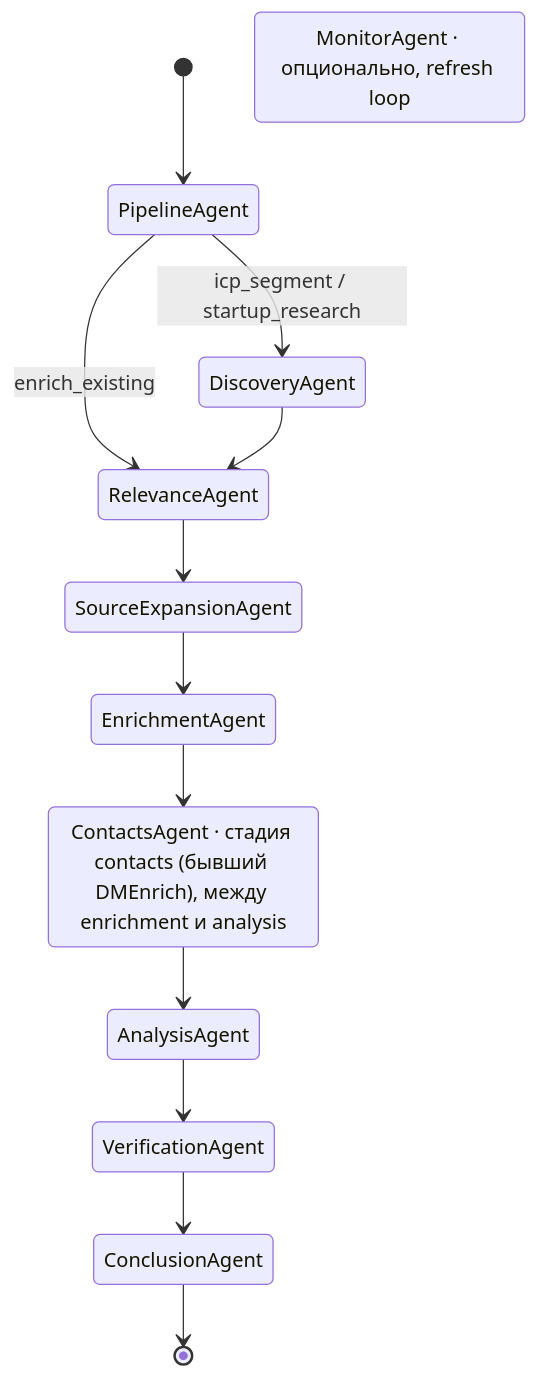
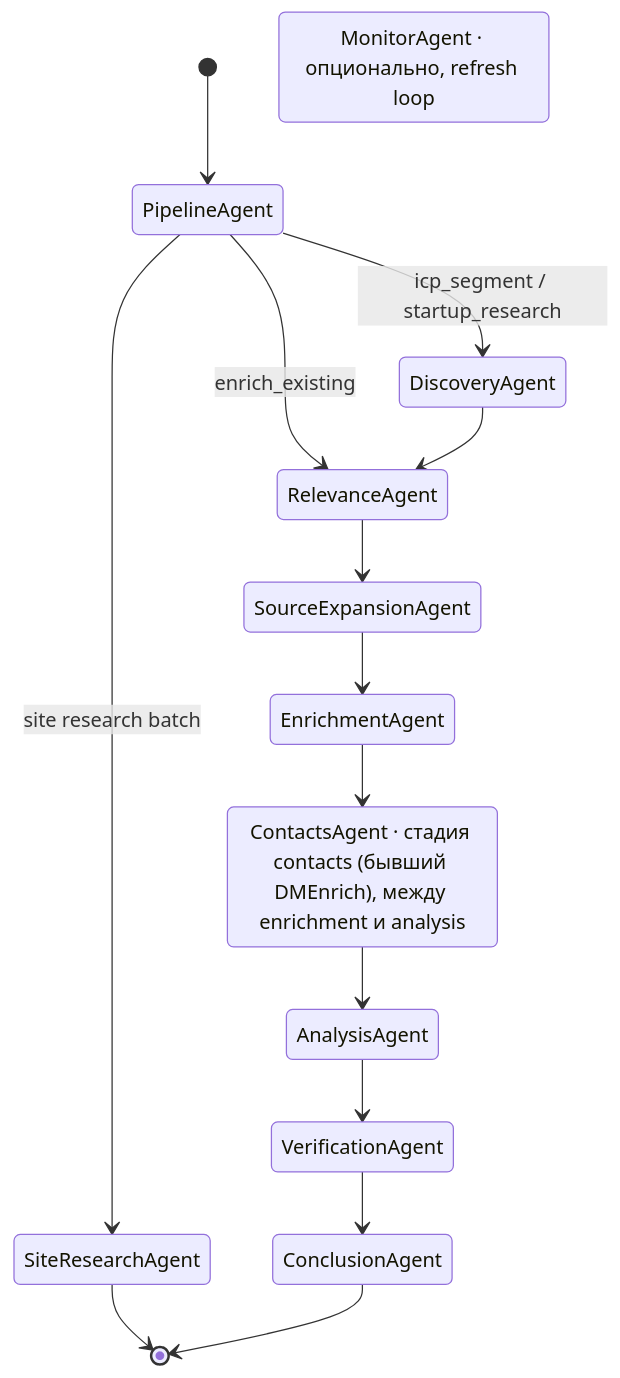
One commit to Katoli-IV-ka/kvetio-agent changed the third of 5 diagrams in ARCHITECTURE.md. Above: the diagram before and after it, drawn with Mermaid. The commit also changed other lines of this file and 2 other files, not shown here.

Commit message:
docs: document site research agent

````diff
--- a/ARCHITECTURE.md
+++ b/ARCHITECTURE.md
@@ -323,19 +336,21 @@
 ```mermaid
 stateDiagram-v2
     [*] --> PipelineAgent
 
     PipelineAgent --> DiscoveryAgent : icp_segment / startup_research
     PipelineAgent --> RelevanceAgent : enrich_existing
+    PipelineAgent --> SiteResearchAgent : site research batch
 
     DiscoveryAgent --> RelevanceAgent
+    SiteResearchAgent --> [*]
     RelevanceAgent --> SourceExpansionAgent
     SourceExpansionAgent --> EnrichmentAgent
     EnrichmentAgent --> ContactsAgent
     ContactsAgent --> AnalysisAgent
     AnalysisAgent --> VerificationAgent
     VerificationAgent --> ConclusionAgent
     ConclusionAgent --> [*]
 
     ContactsAgent : ContactsAgent · стадия contacts (бывший DMEnrich), между enrichment и analysis
     MonitorAgent : MonitorAgent · опционально, refresh loop
 ```
````
